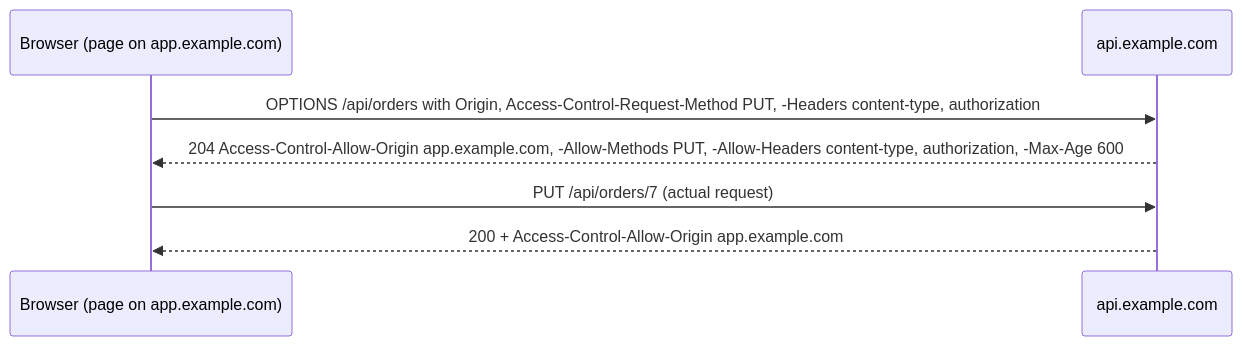
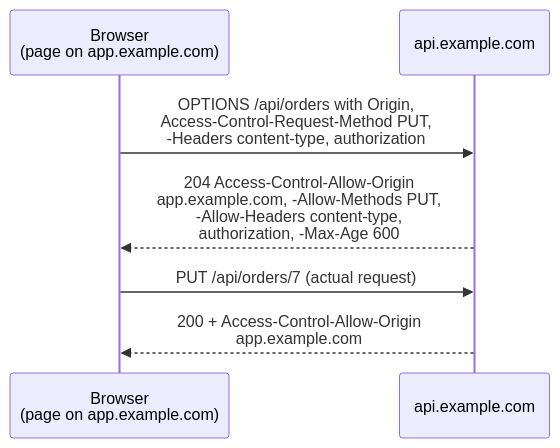
Before and after one commit to Siva010/CoreCS: the diagram in content/lessons/cn/cn-cors-csrf.md, drawn with Mermaid. The commit also changed 19 other files, not shown here.

First line of the commit message:
Merge the OS and Networks diagram readability fixes

````diff
--- a/content/lessons/cn/cn-cors-csrf.md
+++ b/content/lessons/cn/cn-cors-csrf.md
@@ -64,9 +64,9 @@
 ```mermaid
 sequenceDiagram
-    participant B as Browser (page on app.example.com)
+    participant B as Browser<br/>(page on app.example.com)
     participant A as api.example.com
-    B->>A: OPTIONS /api/orders with Origin, Access-Control-Request-Method PUT, -Headers content-type, authorization
-    A-->>B: 204 Access-Control-Allow-Origin app.example.com, -Allow-Methods PUT, -Allow-Headers content-type, authorization, -Max-Age 600
+    B->>A: OPTIONS /api/orders with Origin,<br/>Access-Control-Request-Method PUT,<br/>-Headers content-type, authorization
+    A-->>B: 204 Access-Control-Allow-Origin<br/>app.example.com, -Allow-Methods PUT,<br/>-Allow-Headers content-type,<br/>authorization, -Max-Age 600
     B->>A: PUT /api/orders/7 (actual request)
-    A-->>B: 200 + Access-Control-Allow-Origin app.example.com
+    A-->>B: 200 + Access-Control-Allow-Origin<br/>app.example.com
 ```
````
